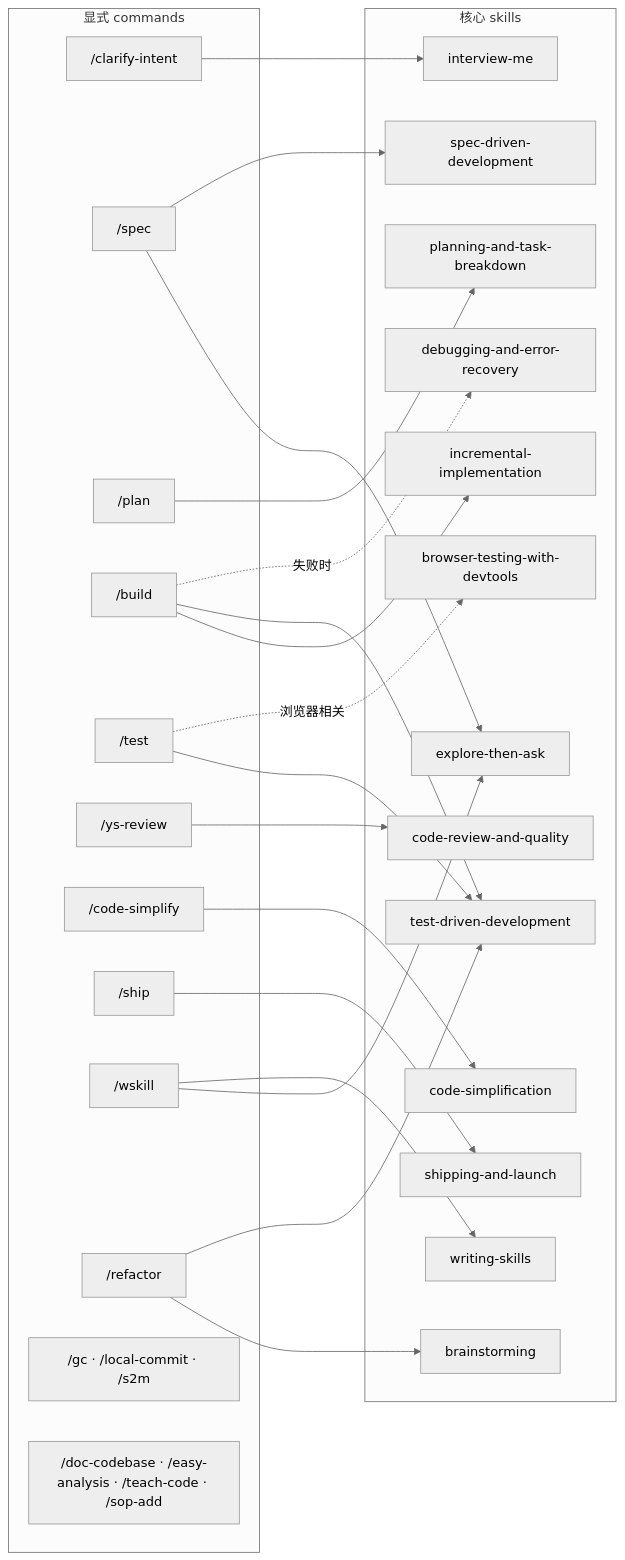
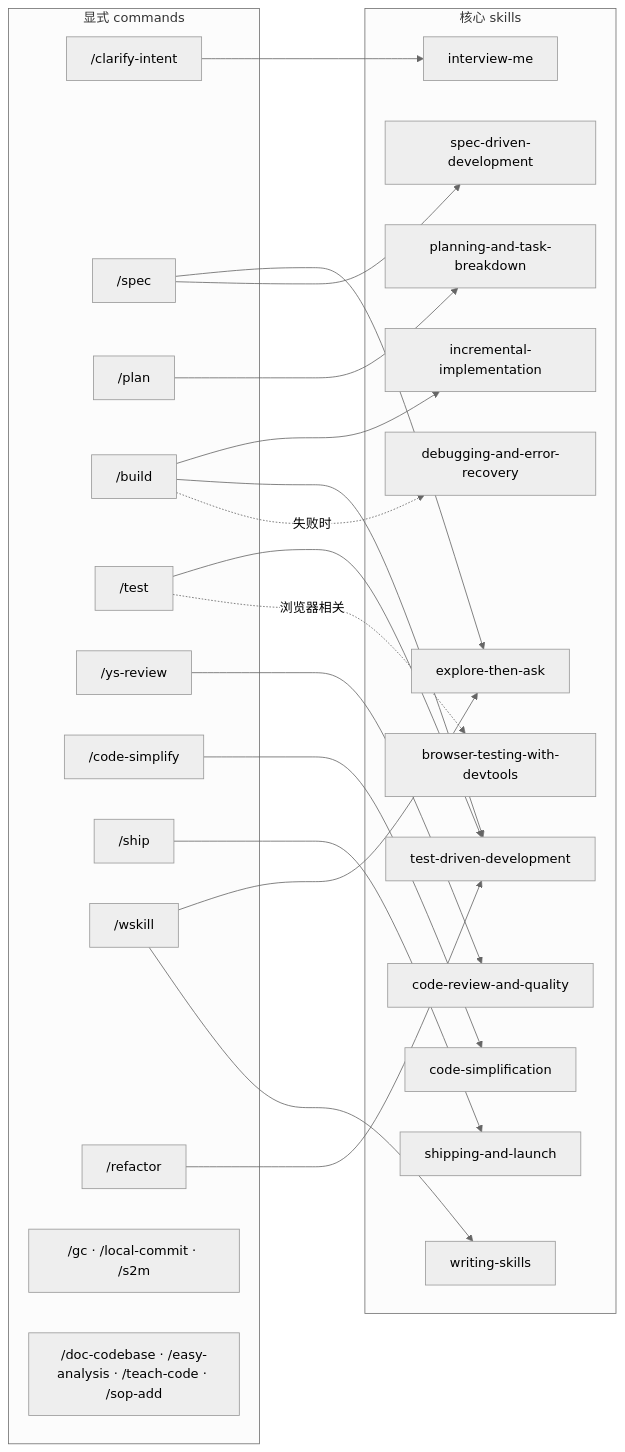
Before and after one commit to carl10086/ys-powers: the second of 2 diagrams in README.md, drawn with Mermaid (neutral theme). The commit also changed other lines of this file and 24 other files, not shown here.

````diff
--- a/README.md
+++ b/README.md
@@ -107,50 +107,48 @@
 ```mermaid
 flowchart LR
     subgraph Commands["显式 commands"]
         clarify["/clarify-intent"]
         spec["/spec"]
         plan["/plan"]
         build["/build"]
         test["/test"]
         review["/ys-review"]
         simplify["/code-simplify"]
         ship["/ship"]
         wskill["/wskill"]
         refactor["/refactor"]
         git["/gc · /local-commit · /s2m"]
         docs["/doc-codebase · /easy-analysis · /teach-code · /sop-add"]
     end
 
     subgraph Skills["核心 skills"]
         interview["interview-me"]
         explore["explore-then-ask"]
         specdev["spec-driven-development"]
         planning["planning-and-task-breakdown"]
         incremental["incremental-implementation"]
         tdd["test-driven-development"]
         browser["browser-testing-with-devtools"]
         quality["code-review-and-quality"]
         codesimp["code-simplification"]
         shipping["shipping-and-launch"]
         writing["writing-skills"]
-        brainstorm["brainstorming"]
         debug["debugging-and-error-recovery"]
     end
 
     clarify --> interview
     spec --> explore
     spec --> specdev
     plan --> planning
     build --> incremental
     build --> tdd
     build -.失败时.-> debug
     test --> tdd
     test -.浏览器相关.-> browser
     review --> quality
     simplify --> codesimp
     ship --> shipping
     wskill --> explore
     wskill --> writing
-    refactor --> brainstorm
     refactor --> tdd
 ```
````
